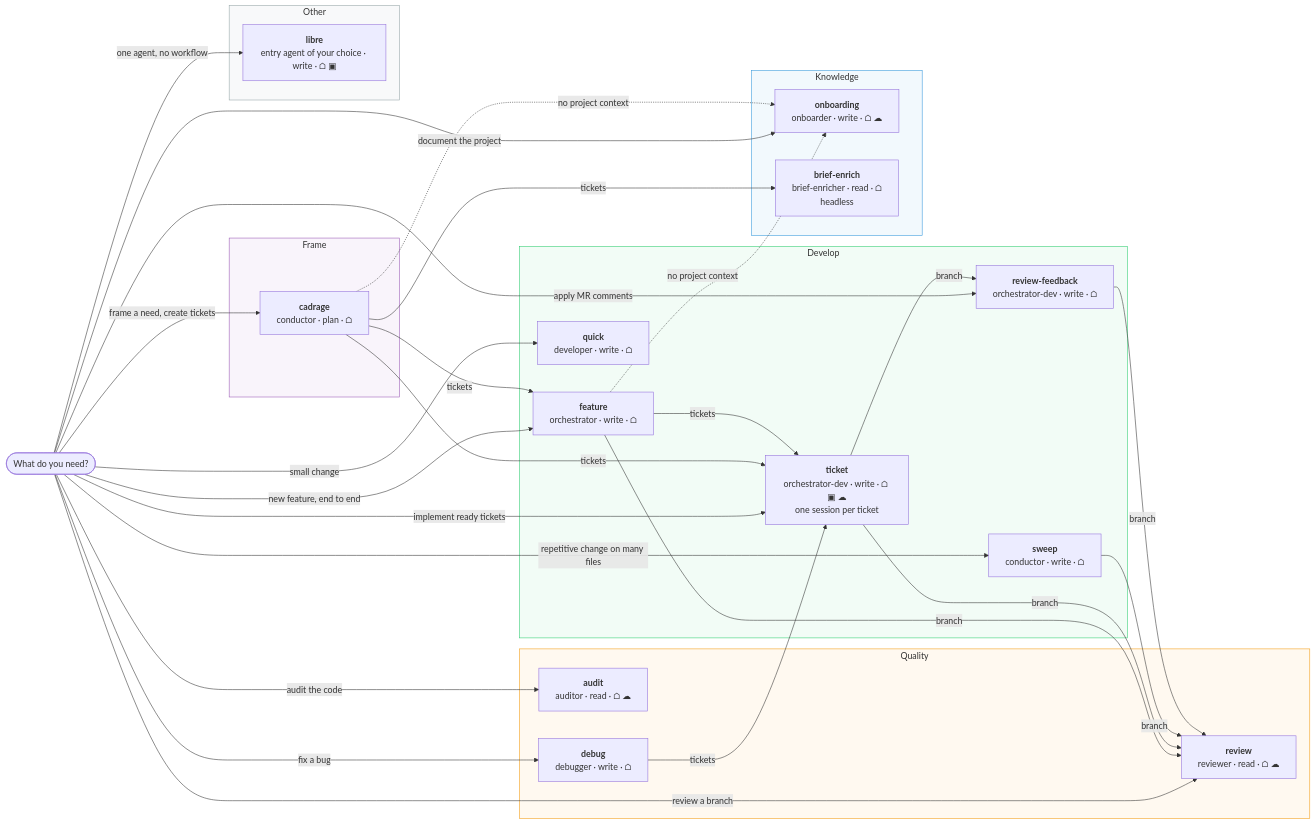
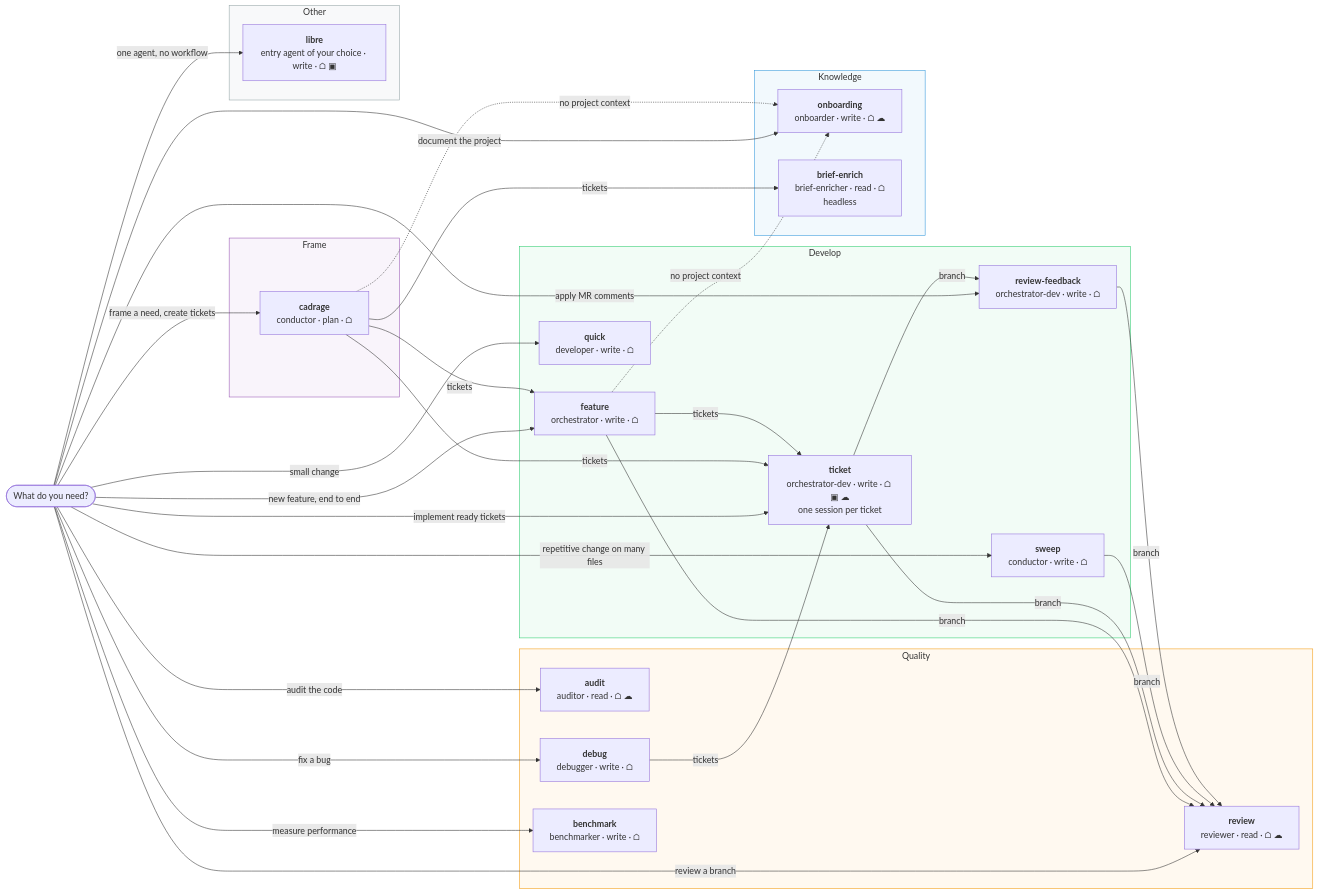
The diagram in docs/diagrams/workflow-scenarios-map.mermaid (datichb/openhub), drawn with Mermaid before and after one commit. The commit also changed 25 other files, not shown here.

```diff
--- a/docs/diagrams/workflow-scenarios-map.mermaid
+++ b/docs/diagrams/workflow-scenarios-map.mermaid
@@ -1,68 +1,70 @@
 %% OpenHub -- Workflow scenarios map (v5)
-%% "What do you need?" -> one of the 12 workflows shipped by the hub
+%% "What do you need?" -> one of the 13 workflows shipped by the hub
 %% (workflows/*.yaml), grouped by category, with their entry agent, risk and
 %% allowed runtimes (⌂ local, ▣ container, ☁ remote).
 %% Solid arrows: "Chain with…" suggestions at the end of a session (a typed output
 %% feeds an input of the next workflow: branch → branch, beads-ids → beads-id(s)).
 %% Dotted arrows: preconditions (missing project context → run onboarding first, then resume).
 
 flowchart LR
     Start(["What do you need?"])
     Start -->|"frame a need, create tickets"| CAD
     Start -->|"new feature, end to end"| FEAT
     Start -->|"implement ready tickets"| TICK
     Start -->|"small change"| QUICK
     Start -->|"repetitive change on many files"| SWEEP
     Start -->|"apply MR comments"| RF
     Start -->|"review a branch"| REV
     Start -->|"audit the code"| AUD
     Start -->|"fix a bug"| DBG
+    Start -->|"measure performance"| BENCH
     Start -->|"document the project"| ONB
     Start -->|"one agent, no workflow"| LIB
 
     subgraph FRAME ["Frame"]
         CAD["<b>cadrage</b><br/>conductor · plan · ⌂"]
     end
 
     subgraph DEVELOP ["Develop"]
         FEAT["<b>feature</b><br/>orchestrator · write · ⌂"]
         TICK["<b>ticket</b><br/>orchestrator-dev · write · ⌂ ▣ ☁<br/>one session per ticket"]
         QUICK["<b>quick</b><br/>developer · write · ⌂"]
         SWEEP["<b>sweep</b><br/>conductor · write · ⌂"]
         RF["<b>review-feedback</b><br/>orchestrator-dev · write · ⌂"]
     end
 
     subgraph QUALITY ["Quality"]
         REV["<b>review</b><br/>reviewer · read · ⌂ ☁"]
         AUD["<b>audit</b><br/>auditor · read · ⌂ ☁"]
         DBG["<b>debug</b><br/>debugger · write · ⌂"]
+        BENCH["<b>benchmark</b><br/>benchmarker · write · ⌂"]
     end
 
     subgraph KNOWLEDGE ["Knowledge"]
         ONB["<b>onboarding</b><br/>onboarder · write · ⌂ ☁"]
         BRF["<b>brief-enrich</b><br/>brief-enricher · read · ⌂<br/>headless"]
     end
 
     subgraph OTHER ["Other"]
         LIB["<b>libre</b><br/>entry agent of your choice · write · ⌂ ▣"]
     end
 
     CAD -->|"tickets"| TICK
     CAD -->|"tickets"| FEAT
     CAD -->|"tickets"| BRF
     FEAT -->|"branch"| REV
     FEAT -->|"tickets"| TICK
     TICK -->|"branch"| REV
     TICK -->|"branch"| RF
     SWEEP -->|"branch"| REV
     RF -->|"branch"| REV
     DBG -->|"tickets"| TICK
 
     FEAT -.->|"no project context"| ONB
     CAD -.->|"no project context"| ONB
 
     style FRAME fill:#9b59b610,stroke:#9b59b6
     style DEVELOP fill:#2ecc7110,stroke:#2ecc71
     style QUALITY fill:#f39c1210,stroke:#f39c12
     style KNOWLEDGE fill:#3498db10,stroke:#3498db
     style OTHER fill:#95a5a610,stroke:#95a5a6
```
